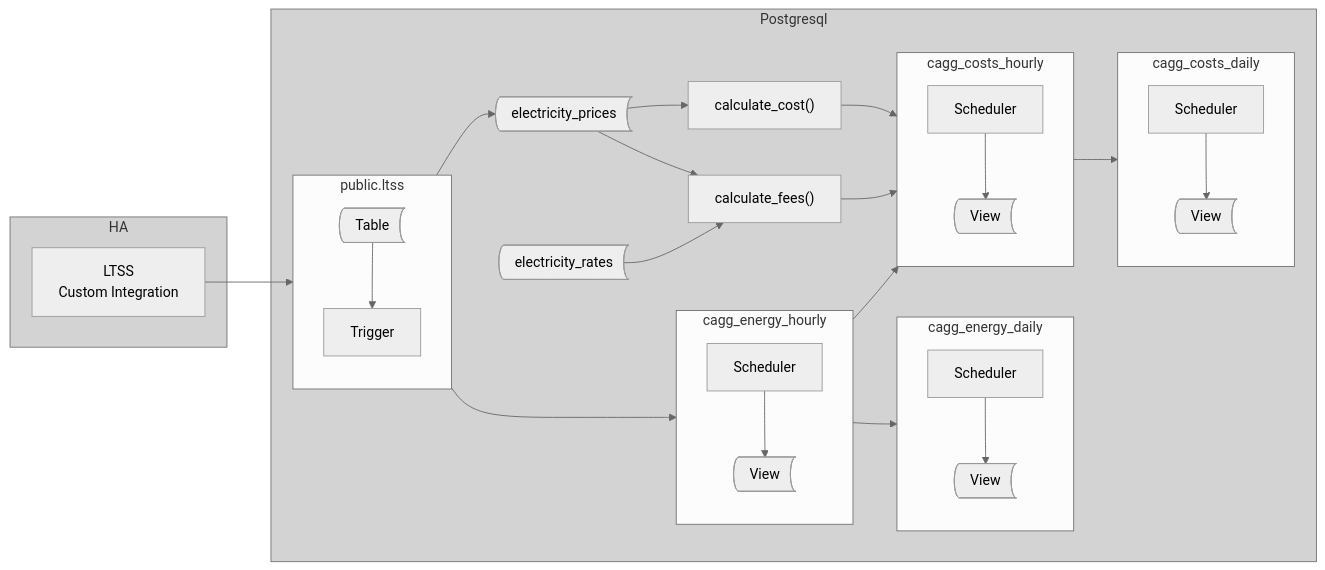
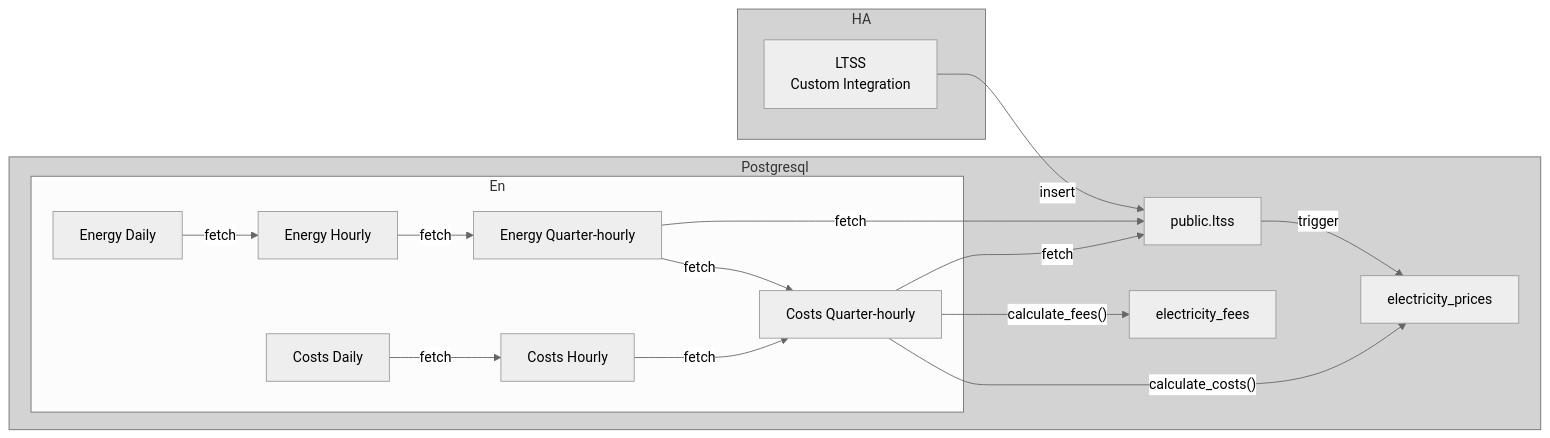
One commit to michalk-k/Home-Assistant-TimscaleDB changed the diagram in ha-energy-spot-short.md. Above: the diagram before and after it, drawn with Mermaid (neutral theme). The commit also changed other lines of this file and 3 other files, not shown here.

````diff
--- a/ha-energy-spot-short.md
+++ b/ha-energy-spot-short.md
@@ -14,69 +14,46 @@
 ```mermaid
 flowchart LR
+    subgraph Postgresql
 
-    subgraph Postgresql
         style Postgresql fill:lightgray
         style HA fill:lightgray
 
-        t_prices@{ shape: bow-rect, label: "electricity_prices" }
-        t_feesp@{ shape: bow-rect, label: "electricity_rates" }
+        t_prices@{ label: "electricity_prices" }
+        t_feesp@{ label: "electricity_fees" }
 
-        f_costs@{ shape: rect, label: "calculate_cost()" }
-        f_fees@{ shape: rect, label: "calculate_fees()" }
+        t_ltss@{ shape: rect, label: "public.ltss" }
 
-        subgraph public.ltss
-            direction TB
-            t_ltss@{ shape: bow-rect, label: "Table" }
-            tr_ltss@{ shape: rect, label: "Trigger" }
-        end
+        subgraph En
+            v_energy_qh@{ label: "Energy Quarter-hourly" }
+            v_energy_h@{ label: "Energy Hourly" }
+            v_energy_d@{ label: "Energy Daily" }
 
-        subgraph cagg_energy_hourly
-            direction TB
-            v_energy_h@{ shape: bow-rect, label: "View" }
-            p_energy_h@{ shape: rect, label: "Scheduler" }
-        end
-
-        subgraph cagg_energy_daily
-            direction TB
-            v_energy_d@{ shape: bow-rect, label: "View" }
-            p_energy_d@{ shape: rect, label: "Scheduler" }
-        end
-
-        subgraph cagg_costs_hourly
-            direction TB
-            v_costs_h@{ shape: bow-rect, label: "View" }
-            p_costs_h@{ shape: rect, label: "Scheduler" }
-        end
-
-        subgraph cagg_costs_daily
-            direction TB
-            v_costs_d@{ shape: bow-rect, label: "View" }
-            p_costs_d@{ shape: rect, label: "Scheduler" }
+            v_costs_qh@{ label: "Costs Quarter-hourly" }
+            v_costs_h@{ label: "Costs Hourly" }
+            v_costs_d@{ label: "Costs Daily" }
         end
 
     end
 
     subgraph HA
-        
         p_ltss@{ shape: rect, label: "LTSS\nCustom Integration" }
     end
 
-    v_energy_h-->p_energy_d
-    t_ltss-->p_energy_h
-    tr_ltss-->t_prices
-    p_ltss-->t_ltss
-    p_energy_h-->v_energy_h
-    p_energy_d-->v_energy_d
-    v_energy_h-->p_costs_h
-    v_costs_h-->p_costs_d
-    p_costs_h-->v_costs_h
-    p_costs_d-->v_costs_d
-    t_ltss-->tr_ltss
+    p_ltss-->|insert|t_ltss
 
-    f_costs-->p_costs_h
-    f_fees-->p_costs_h
 
-    t_prices-->f_costs
-    t_prices-->f_fees
-    t_feesp-->f_fees
+    v_energy_qh-->|fetch|t_ltss
+    v_costs_qh-->|fetch|t_ltss
+
+    v_energy_h-->|fetch|v_energy_qh
+    v_energy_d-->|fetch|v_energy_h
+
+    v_energy_qh-->|fetch|v_costs_qh
+    v_costs_qh-->|"calculate_fees()"|t_feesp
+    v_costs_qh-->|"calculate_costs()"|t_prices
+    
+    v_costs_h-->|fetch|v_costs_qh
+    v_costs_d-->|fetch|v_costs_h
+
+    t_ltss-->|trigger|t_prices
 ```
````
